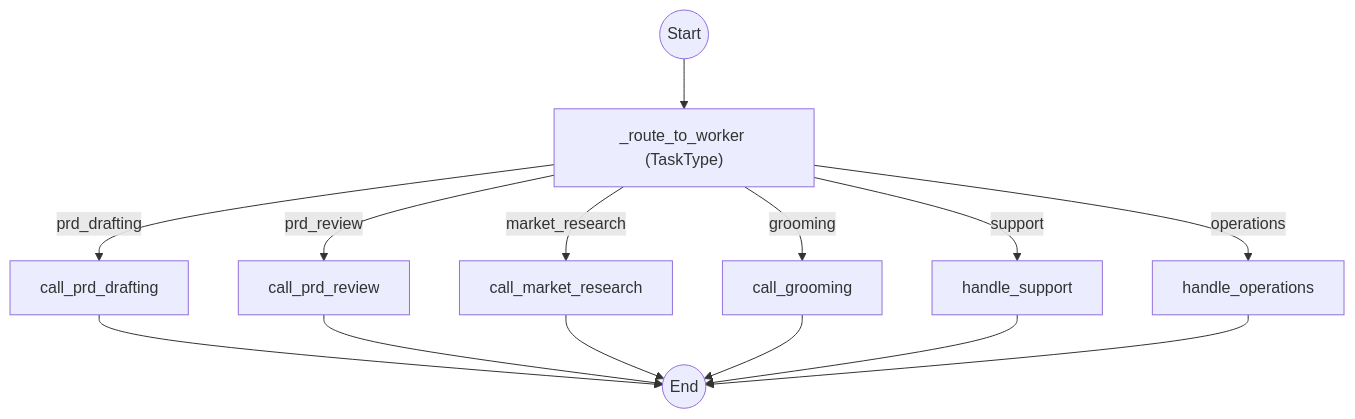
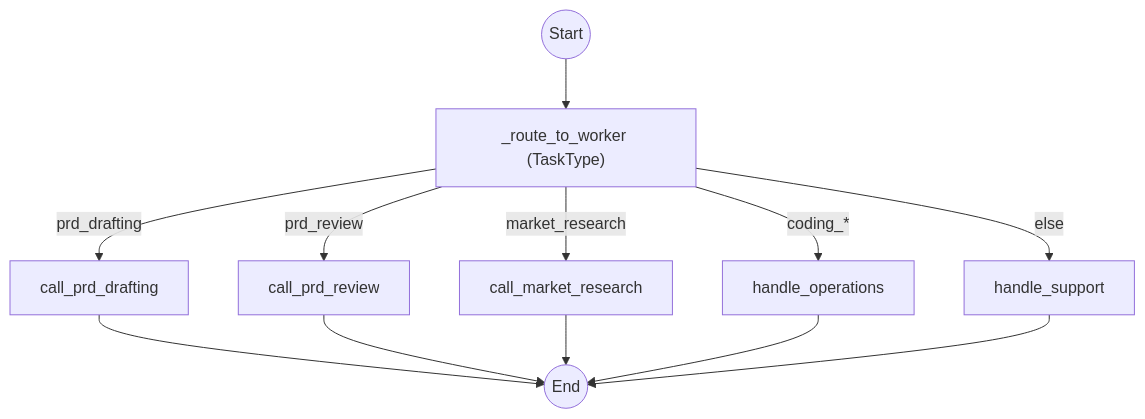
Before and after one commit to AI-Passione/famiglia-core: the third of 3 diagrams in src/famiglia_core/agents/orchestration/README.md, drawn with Mermaid. The commit also changed other lines of this file and 1 other file, not shown here.

Commit message:
docs: update market research workflow documentation and simplify orchestration architecture diagrams

````diff
--- a/src/famiglia_core/agents/orchestration/README.md
+++ b/src/famiglia_core/agents/orchestration/README.md
@@ -57,17 +60,15 @@
 ```mermaid
 graph TD
     START((Start)) --> RW["_route_to_worker (TaskType)"]
     RW -- "prd_drafting" --> W1["call_prd_drafting"]
     RW -- "prd_review" --> W2["call_prd_review"]
     RW -- "market_research" --> W3["call_market_research"]
-    RW -- "grooming" --> W4["call_grooming"]
-    RW -- "support" --> W5["handle_support"]
-    RW -- "operations" --> W6["handle_operations"]
+    RW -- "coding_*" --> W4["handle_operations"]
+    RW -- "else" --> W5["handle_support"]
     
     W1 --> END((End))
     W2 --> END
     W3 --> END
     W4 --> END
     W5 --> END
-    W6 --> END
 ```
````
